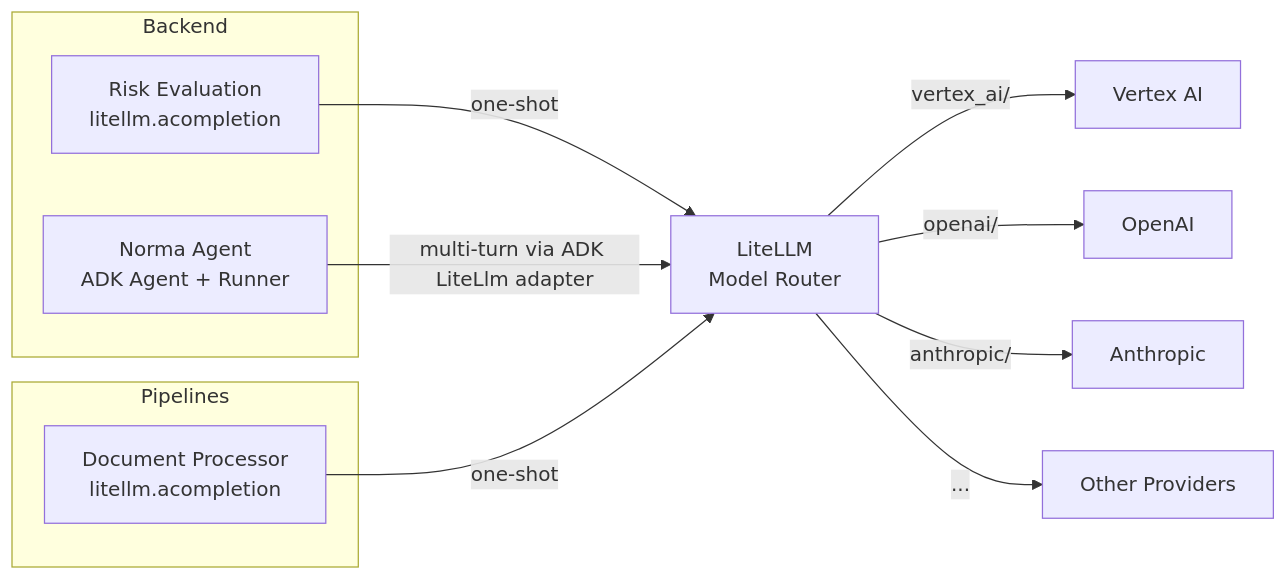
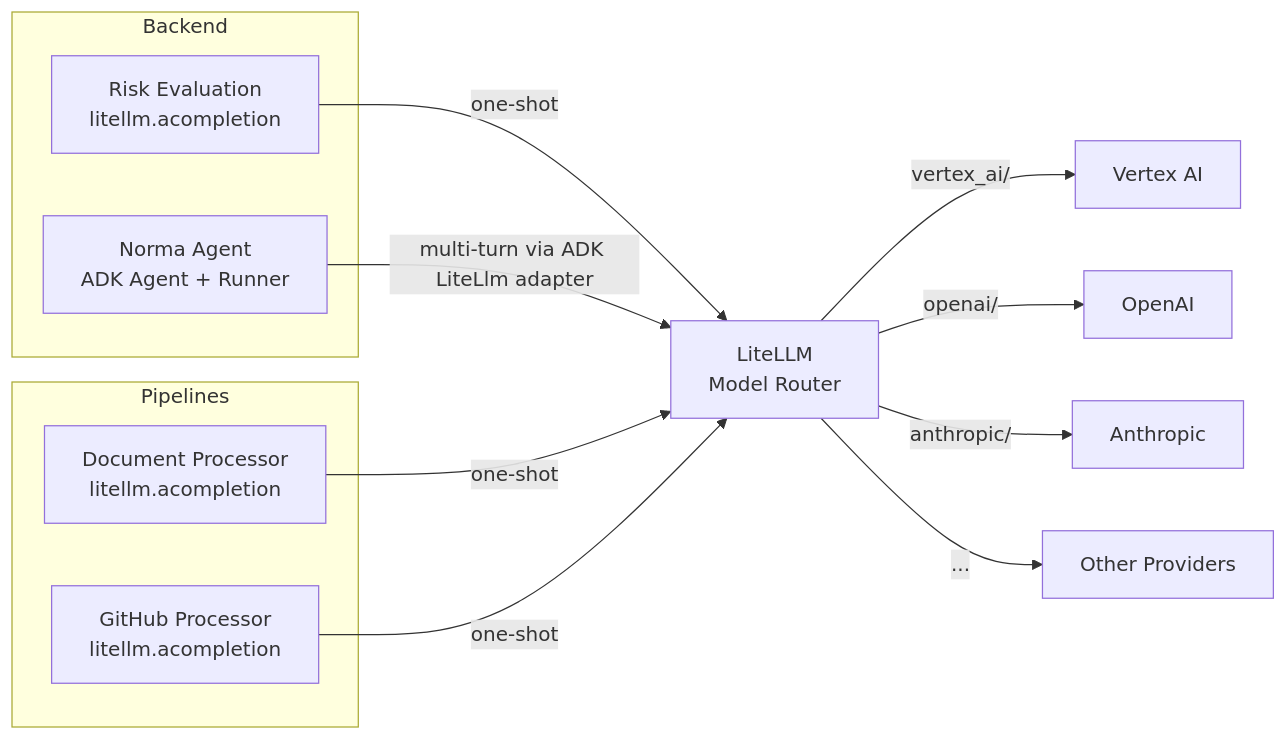
One commit to airbus/norma changed the third of 7 diagrams in docs/architecture.md. Above: the diagram before and after it, drawn with Mermaid. The commit also changed other lines of this file and 11 other files, not shown here.

````diff
--- a/docs/architecture.md
+++ b/docs/architecture.md
@@ -203,22 +256,24 @@
 ```mermaid
 graph LR
     subgraph Backend
         RE[Risk Evaluation<br/>litellm.acompletion]
         NA[Norma Agent<br/>ADK Agent + Runner]
     end
 
     subgraph Pipelines
         DP[Document Processor<br/>litellm.acompletion]
+        GP[GitHub Processor<br/>litellm.acompletion]
     end
 
     LLM_ADAPTER[LiteLLM<br/>Model Router]
 
     RE -->|one-shot| LLM_ADAPTER
     NA -->|multi-turn via ADK LiteLlm adapter| LLM_ADAPTER
     DP -->|one-shot| LLM_ADAPTER
+    GP -->|one-shot| LLM_ADAPTER
 
     LLM_ADAPTER -->|vertex_ai/| VERTEX[Vertex AI]
     LLM_ADAPTER -->|openai/| OPENAI[OpenAI]
     LLM_ADAPTER -->|anthropic/| ANTHROPIC[Anthropic]
     LLM_ADAPTER -->|...| OTHER[Other Providers]
 ```
````
